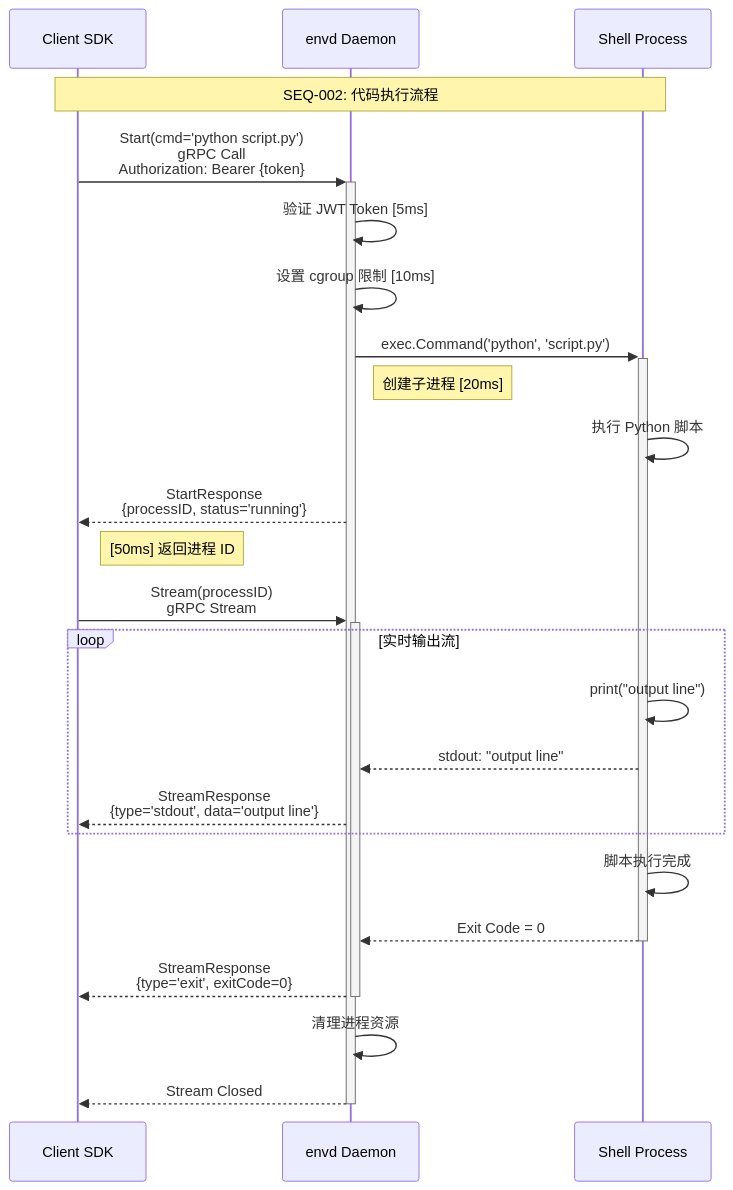
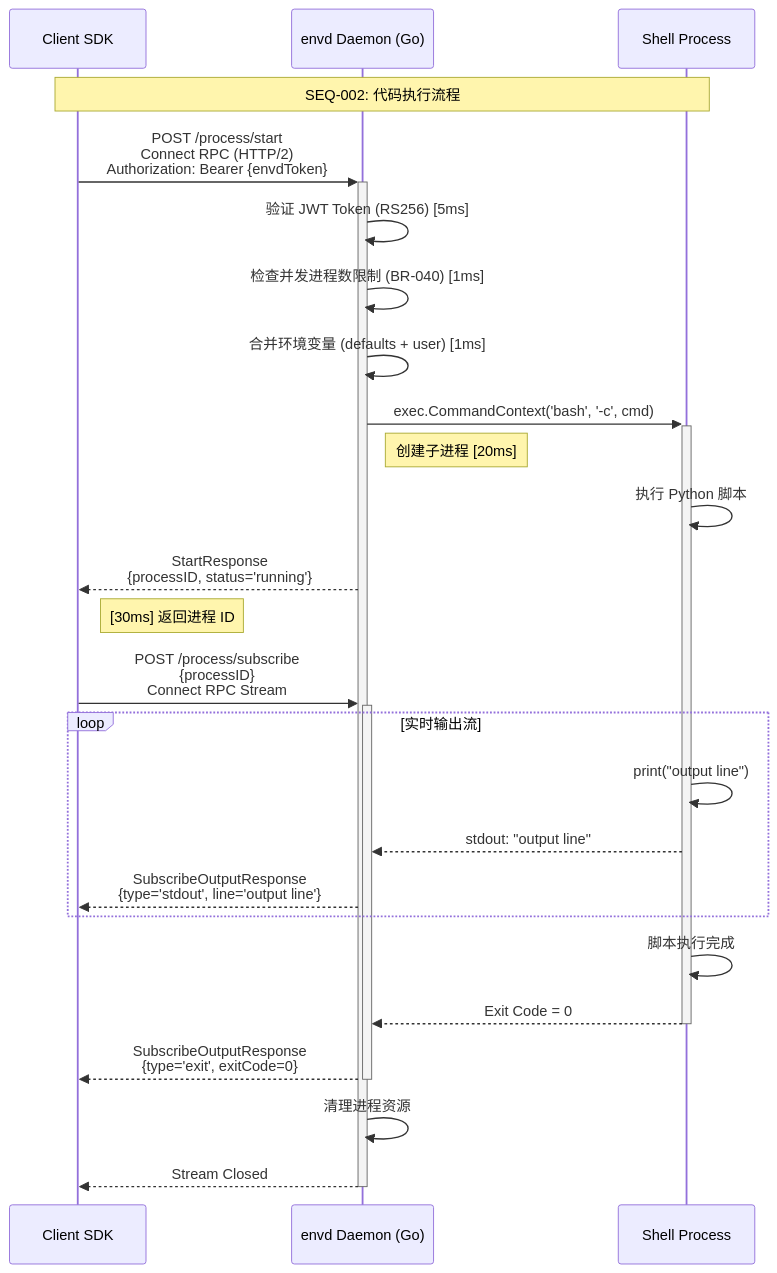
The sixth of 14 diagrams in docs/design/L3.1-sequence-diagram-design.md (jackzhang1314/AdNegator), drawn with Mermaid before and after one commit. The commit also changed other lines of this file, not shown here.

First line of the commit message:
docs(L3.1): MAJOR REWRITE - migrate to E2B Go architecture

````diff
--- a/docs/design/L3.1-sequence-diagram-design.md
+++ b/docs/design/L3.1-sequence-diagram-design.md
@@ -321,38 +564,39 @@
 ```mermaid
 sequenceDiagram
     participant Client as Client SDK
-    participant Envd as envd Daemon
+    participant Envd as envd Daemon (Go)
     participant Shell as Shell Process
 
     Note over Client,Shell: SEQ-002: 代码执行流程
 
-    Client->>+Envd: Start(cmd='python script.py')<br/>gRPC Call<br/>Authorization: Bearer {token}
+    Client->>+Envd: POST /process/start<br/>Connect RPC (HTTP/2)<br/>Authorization: Bearer {envdToken}
 
-    Envd->>Envd: 验证 JWT Token [5ms]
-    Envd->>Envd: 设置 cgroup 限制 [10ms]
+    Envd->>Envd: 验证 JWT Token (RS256) [5ms]
+    Envd->>Envd: 检查并发进程数限制 (BR-040) [1ms]
+    Envd->>Envd: 合并环境变量 (defaults + user) [1ms]
 
-    Envd->>+Shell: exec.Command('python', 'script.py')
+    Envd->>+Shell: exec.CommandContext('bash', '-c', cmd)
     Note right of Envd: 创建子进程 [20ms]
 
     Shell->>Shell: 执行 Python 脚本
 
     Envd-->>Client: StartResponse<br/>{processID, status='running'}
-    Note right of Client: [50ms] 返回进程 ID
+    Note right of Client: [30ms] 返回进程 ID
 
-    Client->>+Envd: Stream(processID)<br/>gRPC Stream
+    Client->>+Envd: POST /process/subscribe<br/>{processID}<br/>Connect RPC Stream
 
     loop 实时输出流
         Shell->>Shell: print("output line")
         Shell-->>Envd: stdout: "output line"
-        Envd-->>Client: StreamResponse<br/>{type='stdout', data='output line'}
+        Envd-->>Client: SubscribeOutputResponse<br/>{type='stdout', line='output line'}
     end
 
     Shell->>Shell: 脚本执行完成
     Shell-->>-Envd: Exit Code = 0
 
-    Envd-->>-Client: StreamResponse<br/>{type='exit', exitCode=0}
+    Envd-->>-Client: SubscribeOutputResponse<br/>{type='exit', exitCode=0}
 
     Envd->>Envd: 清理进程资源
 
     Envd-->>-Client: Stream Closed
 ```
````
